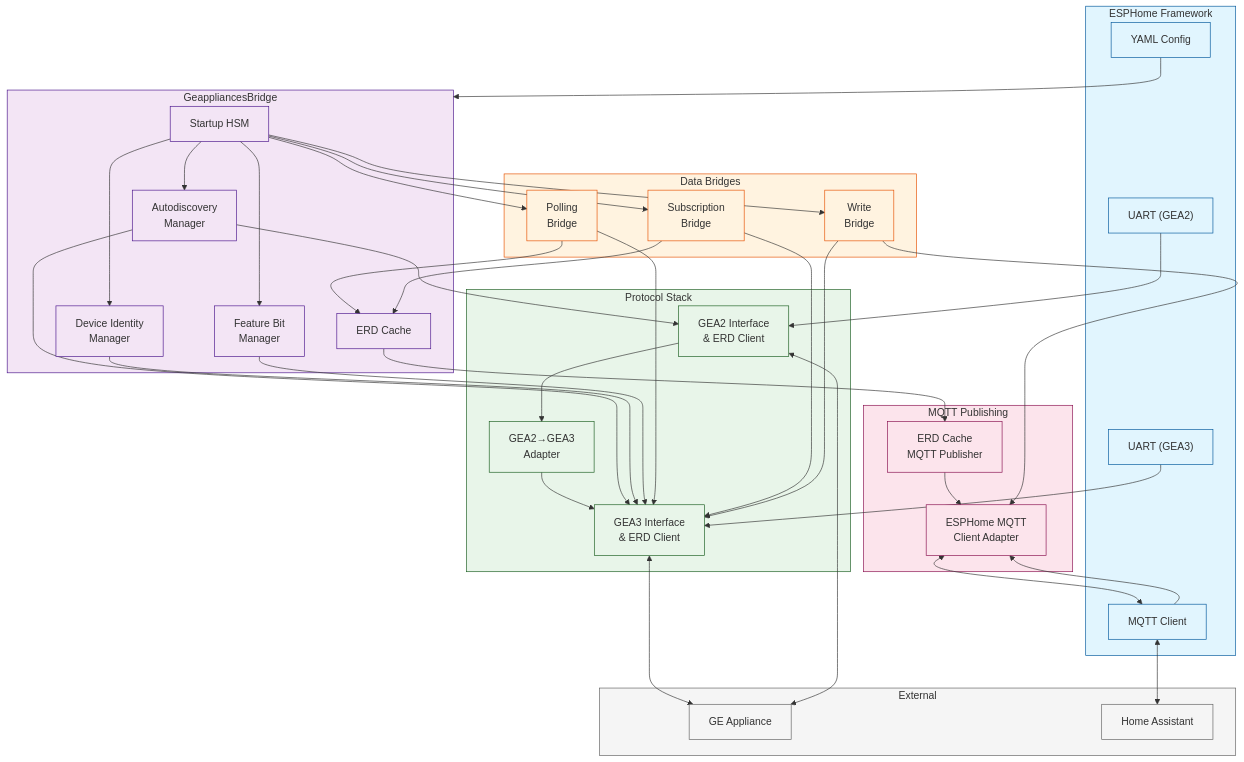
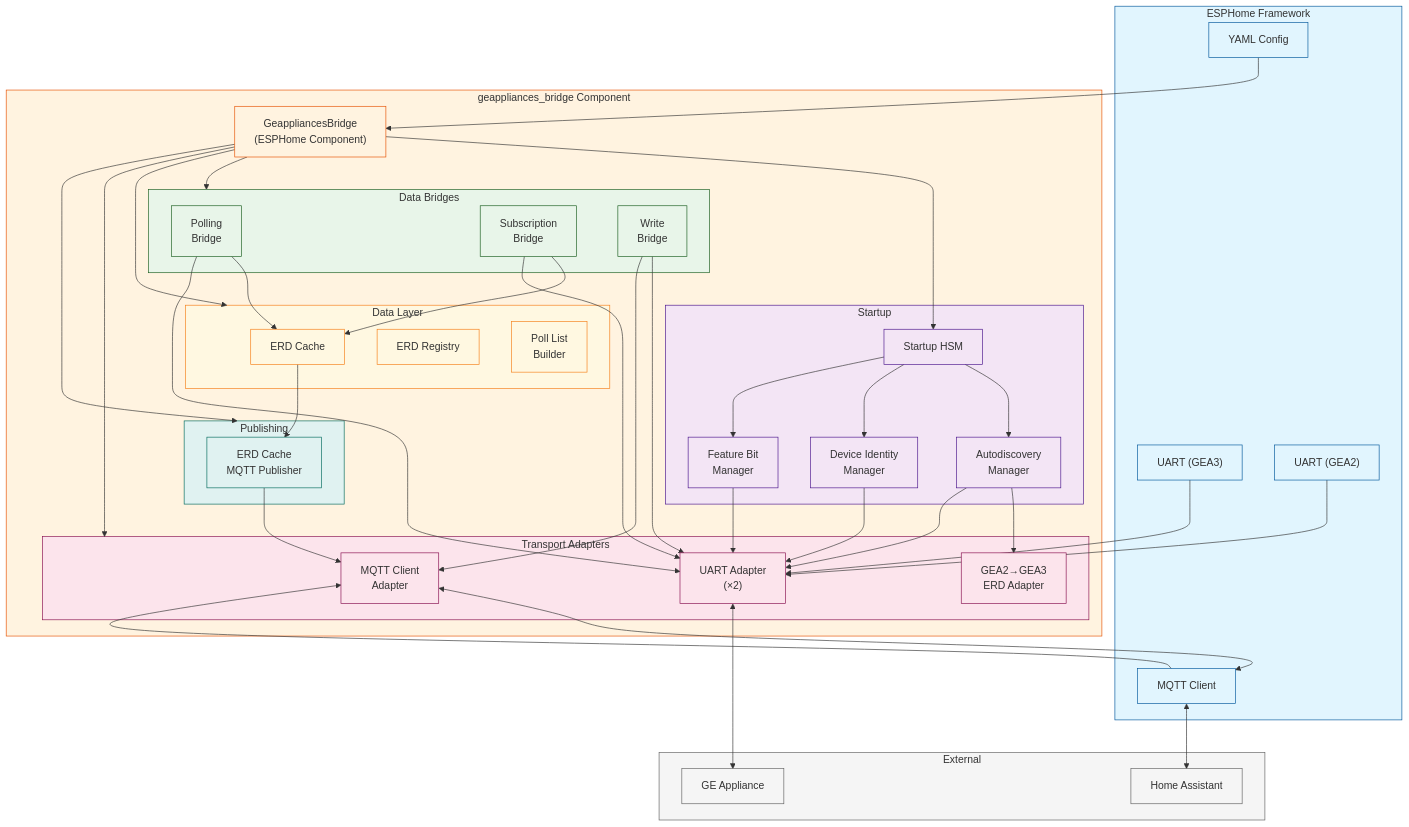
Before and after one commit to eddietheengineer/home-assistant-bridge-esphome: the first of 4 diagrams in doc/architecture.md, drawn with Mermaid. The commit also changed other lines of this file, not shown here.

First line of the commit message:
docs: add comprehensive architecture document

````diff
--- a/doc/architecture.md
+++ b/doc/architecture.md
@@ -5,92 +9,100 @@
 ```mermaid
 graph TB
-    subgraph ESPHome["ESPHome Framework"]
-        YAML["YAML Config"]
-        MQTT["MQTT Client"]
-        UART1["UART (GEA3)"]
-        UART2["UART (GEA2)"]
-    end
-
-    subgraph Bridge["GeappliancesBridge"]
-        HSM["Startup HSM"]
-        DIR["Autodiscovery<br/>Manager"]
-        DID["Device Identity<br/>Manager"]
-        FBM["Feature Bit<br/>Manager"]
-        CACHE["ERD Cache"]
-    end
-
-    subgraph Protocol["Protocol Stack"]
-        GEA3["GEA3 Interface<br/>& ERD Client"]
-        GEA2["GEA2 Interface<br/>& ERD Client"]
-        ADAPTER["GEA2→GEA3<br/>Adapter"]
-    end
-
-    subgraph Bridges["Data Bridges"]
-        POLL["Polling<br/>Bridge"]
-        SUB["Subscription<br/>Bridge"]
-        WRITE["Write<br/>Bridge"]
-    end
-
-    subgraph Publish["MQTT Publishing"]
-        PUB["ERD Cache<br/>MQTT Publisher"]
-        ADAPT["ESPHome MQTT<br/>Client Adapter"]
-    end
-
     subgraph External["External"]
         APPLIANCE["GE Appliance"]
         HA["Home Assistant"]
     end
 
-    YAML --> Bridge
-    UART1 --> GEA3
-    UART2 --> GEA2
-    GEA2 --> ADAPTER
-    ADAPTER --> GEA3
-    MQTT --> ADAPT
+    subgraph ESPHome["ESPHome Framework"]
+        YAML["YAML Config"]
+        UART3["UART (GEA3)"]
+        UART2["UART (GEA2)"]
+        MQTT_BROKER["MQTT Client"]
+    end
 
-    HSM --> DIR
+    subgraph Component["geappliances_bridge Component"]
+        ENTRY["GeappliancesBridge<br/>(ESPHome Component)"]
+
+        subgraph Startup["Startup"]
+            HSM["Startup HSM"]
+            AD["Autodiscovery<br/>Manager"]
+            DID["Device Identity<br/>Manager"]
+            FBM["Feature Bit<br/>Manager"]
+        end
+
+        subgraph DataBridges["Data Bridges"]
+            POLL["Polling<br/>Bridge"]
+            SUB["Subscription<br/>Bridge"]
+            WRITE["Write<br/>Bridge"]
+        end
+
+        subgraph Data["Data Layer"]
+            CACHE["ERD Cache"]
+            REGISTRY["ERD Registry"]
+            PLB["Poll List<br/>Builder"]
+        end
+
+        subgraph Transport["Transport Adapters"]
+            UART_ADAPT["UART Adapter<br/>(×2)"]
+            MQTT_ADAPT["MQTT Client<br/>Adapter"]
+            GEA2_ADAPT["GEA2→GEA3<br/>ERD Adapter"]
+        end
+
+        subgraph Publish["Publishing"]
+            PUB["ERD Cache<br/>MQTT Publisher"]
+        end
+    end
+
+    YAML --> ENTRY
+    UART3 --> UART_ADAPT
+    UART2 --> UART_ADAPT
+    MQTT_BROKER --> MQTT_ADAPT
+
+    ENTRY --> HSM
+    ENTRY --> DataBridges
+    ENTRY --> Data
+    ENTRY --> Transport
+    ENTRY --> Publish
+
+    HSM --> AD
     HSM --> DID
     HSM --> FBM
-    HSM --> POLL
-    HSM --> SUB
-    HSM --> WRITE
 
-    DIR --> GEA3
-    DIR --> GEA2
+    AD --> GEA2_ADAPT
+    AD --> UART_ADAPT
 
-    DID --> GEA3
-
-    FBM --> GEA3
-
-    POLL --> GEA3
-    SUB --> GEA3
-    WRITE --> GEA3
+    DID --> UART_ADAPT
+    FBM --> UART_ADAPT
 
     POLL --> CACHE
     SUB --> CACHE
+    POLL --> UART_ADAPT
+    SUB --> UART_ADAPT
+    WRITE --> UART_ADAPT
 
     CACHE --> PUB
-    PUB --> ADAPT
+    PUB --> MQTT_ADAPT
+    WRITE --> MQTT_ADAPT
 
-    WRITE --> ADAPT
+    UART_ADAPT <--> APPLIANCE
+    MQTT_ADAPT <--> MQTT_BROKER
+    MQTT_BROKER <--> HA
 
-    GEA3 <--> APPLIANCE
-    GEA2 <--> APPLIANCE
+    classDef external fill:#f5f5f5,stroke:#616161
+    classDef framework fill:#e1f5fe,stroke:#01579b
+    classDef component fill:#fff3e0,stroke:#e65100
+    classDef startup fill:#f3e5f5,stroke:#4a148c
+    classDef bridge fill:#e8f5e9,stroke:#1b5e20
+    classDef data fill:#fff8e1,stroke:#f57f17
+    classDef transport fill:#fce4ec,stroke:#880e4f
+    classDef publish fill:#e0f2f1,stroke:#00695c
 
-    ADAPT <--> MQTT
-    MQTT <--> HA
-
-    classDef framework fill:#e1f5fe,stroke:#01579b
-    classDef bridge fill:#f3e5f5,stroke:#4a148c
-    classDef protocol fill:#e8f5e9,stroke:#1b5e20
-    classDef data fill:#fff3e0,stroke:#e65100
-    classDef publish fill:#fce4ec,stroke:#880e4f
-    classDef external fill:#f5f5f5,stroke:#616161
-
-    class ESPHome,YAML,MQTT,UART1,UART2 framework
-    class Bridge,HSM,DIR,DID,FBM,CACHE bridge
-    class Protocol,GEA3,GEA2,ADAPTER protocol
-    class Bridges,POLL,SUB,WRITE data
-    class Publish,PUB,ADAPT publish
     class External,APPLIANCE,HA external
+    class ESPHome,YAML,UART3,UART2,MQTT_BROKER framework
+    class Component,ENTRY component
+    class Startup,HSM,AD,DID,FBM startup
+    class DataBridges,POLL,SUB,WRITE bridge
+    class Data,CACHE,REGISTRY,PLB data
+    class Transport,UART_ADAPT,MQTT_ADAPT,GEA2_ADAPT transport
+    class Publish,PUB publish
 ```
````
